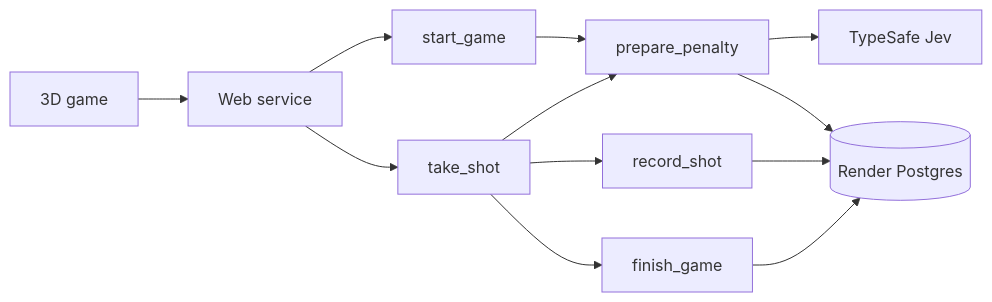
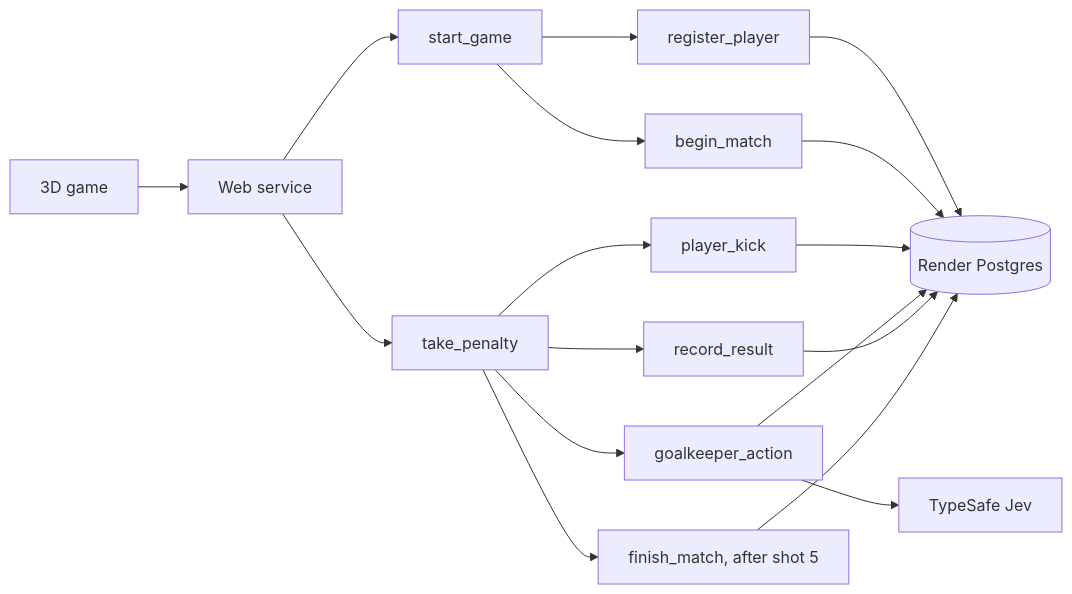
The diagram in docs/architecture.md (femisapien/beat-jev), drawn with Mermaid before and after one commit. The commit also changed other lines of this file and 33 other files, not shown here.

Commit message:
Show live Render tasks and use a reactive goalkeeper with human characters

````diff
--- a/docs/architecture.md
+++ b/docs/architecture.md
@@ -3,14 +3,14 @@
 ```mermaid
 flowchart LR
   UI[3D game] --> API[Web service]
   API --> Start[start_game]
-  Start --> Prepare[prepare_penalty]
-  Prepare --> Jev[TypeSafe Jev]
-  API --> Turn[take_shot]
-  Turn --> Record[record_shot]
-  Turn --> Prepare
-  Turn --> Finish[finish_game]
-  Prepare --> DB[(Render Postgres)]
-  Record --> DB
-  Finish --> DB
+  Start --> Player[register_player]
+  Start --> Begin[begin_match]
+  API --> Turn[take_penalty]
+  Turn --> Submit[player_kick]
+  Turn --> Keeper[goalkeeper_action]
+  Keeper --> Jev[TypeSafe Jev]
+  Turn --> Record[record_result]
+  Turn --> Finish[finish_match, after shot 5]
+  Player & Begin & Submit & Keeper & Record & Finish --> DB[(Render Postgres)]
 ```
````
